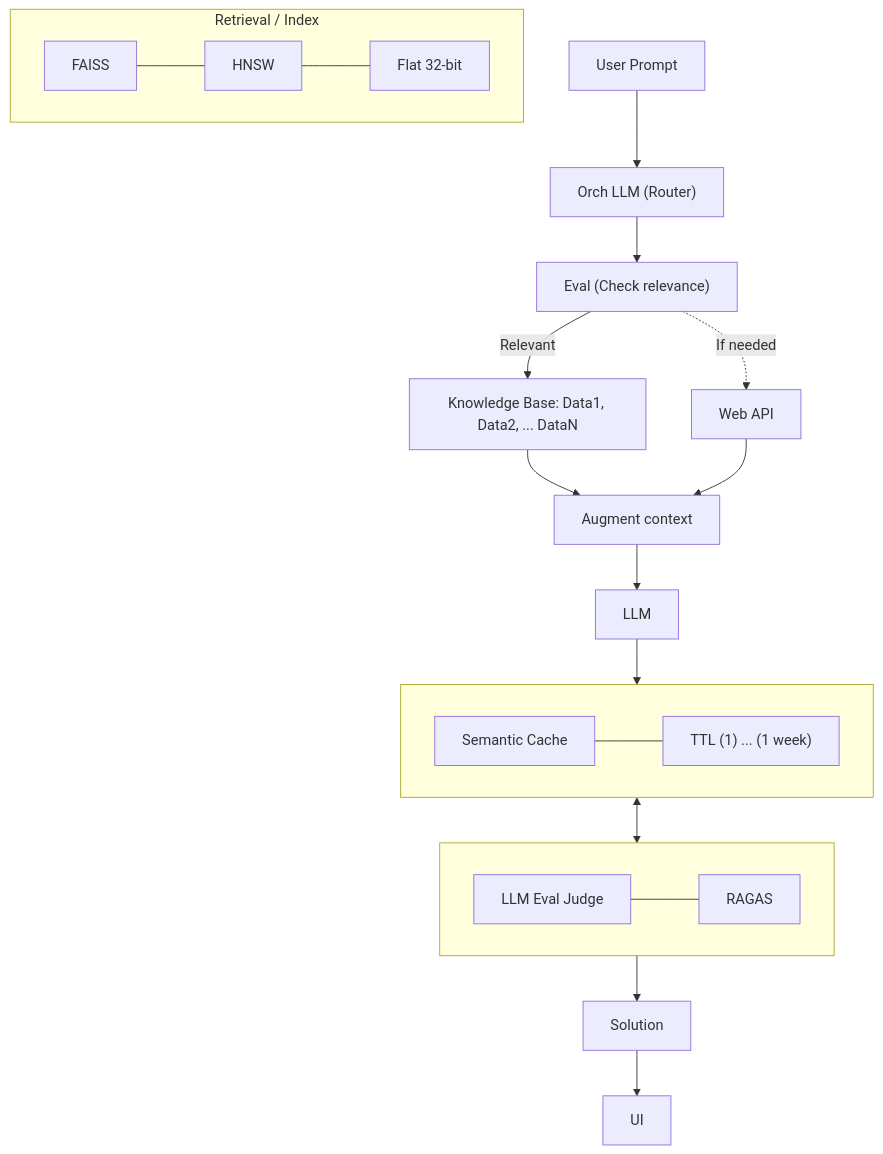
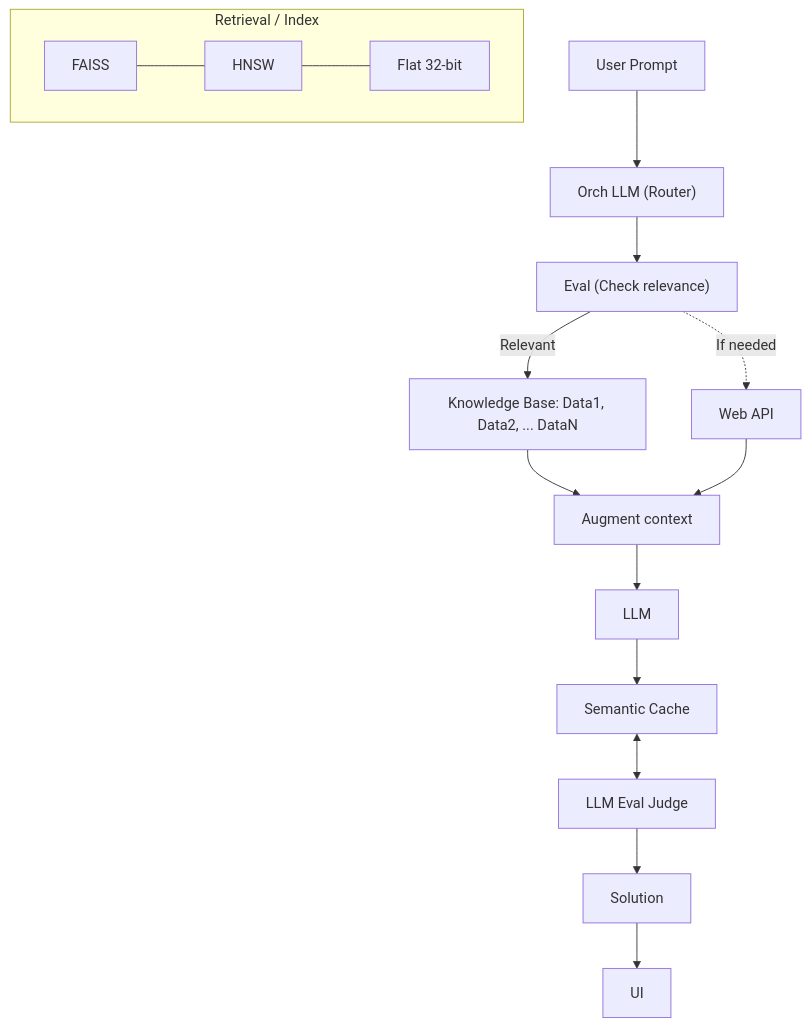
One commit to heleyna-tuck/Diagram changed the diagram in README.md. Above: the diagram before and after it, drawn with Mermaid.

Commit message:
Clean up diagram by removing CACHE_ROW and JUDGE_ROW
Removed unused subgraphs from the diagram.

````diff
--- a/README.md
+++ b/README.md
@@ -1,34 +1,23 @@
 ```mermaid
 flowchart TD
   U["User Prompt"] --> R["Orch LLM (Router)"]
 
   subgraph RET["Retrieval / Index"]
     F["FAISS"] --- H["HNSW"]
     H --- Q["Flat 32-bit"]
   end
 
   R --> E["Eval (Check relevance)"]
   E -->|Relevant| KB["Knowledge Base: Data1, Data2, ... DataN"]
   E -.->|If needed| W["Web API"]
 
   KB --> A["Augment context"]
   W --> A
   A --> L["LLM"]
 
   L --> C["Semantic Cache"]
-
-  subgraph CACHE_ROW[" "]
-    direction LR
-    C --- TTL["TTL (1) ... (1 week)"]
-  end
-
   C <--> J["LLM Eval Judge"]
-
-  subgraph JUDGE_ROW[" "]
-    direction LR
-    J --- RG["RAGAS"]
-  end
 
   J --> S["Solution"]
   S --> UI["UI"]
 ```
````
